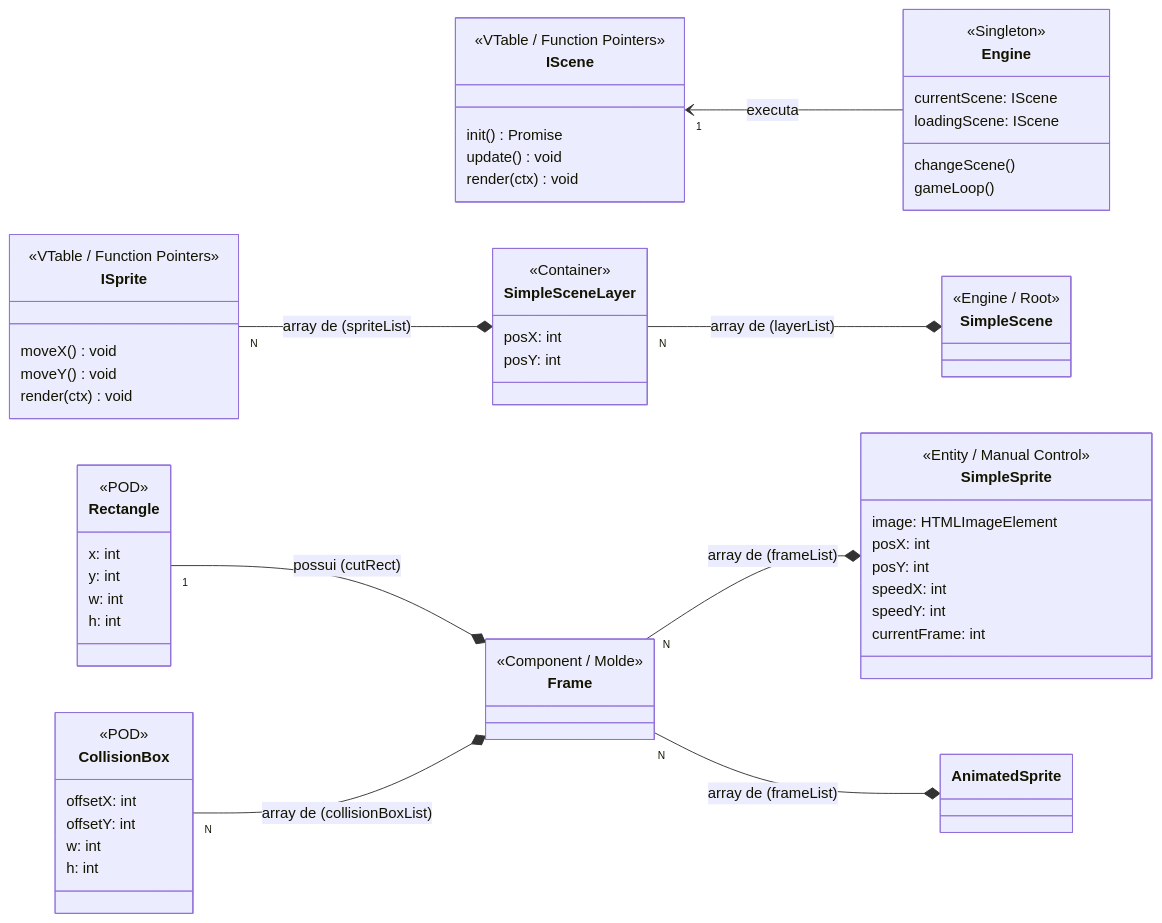
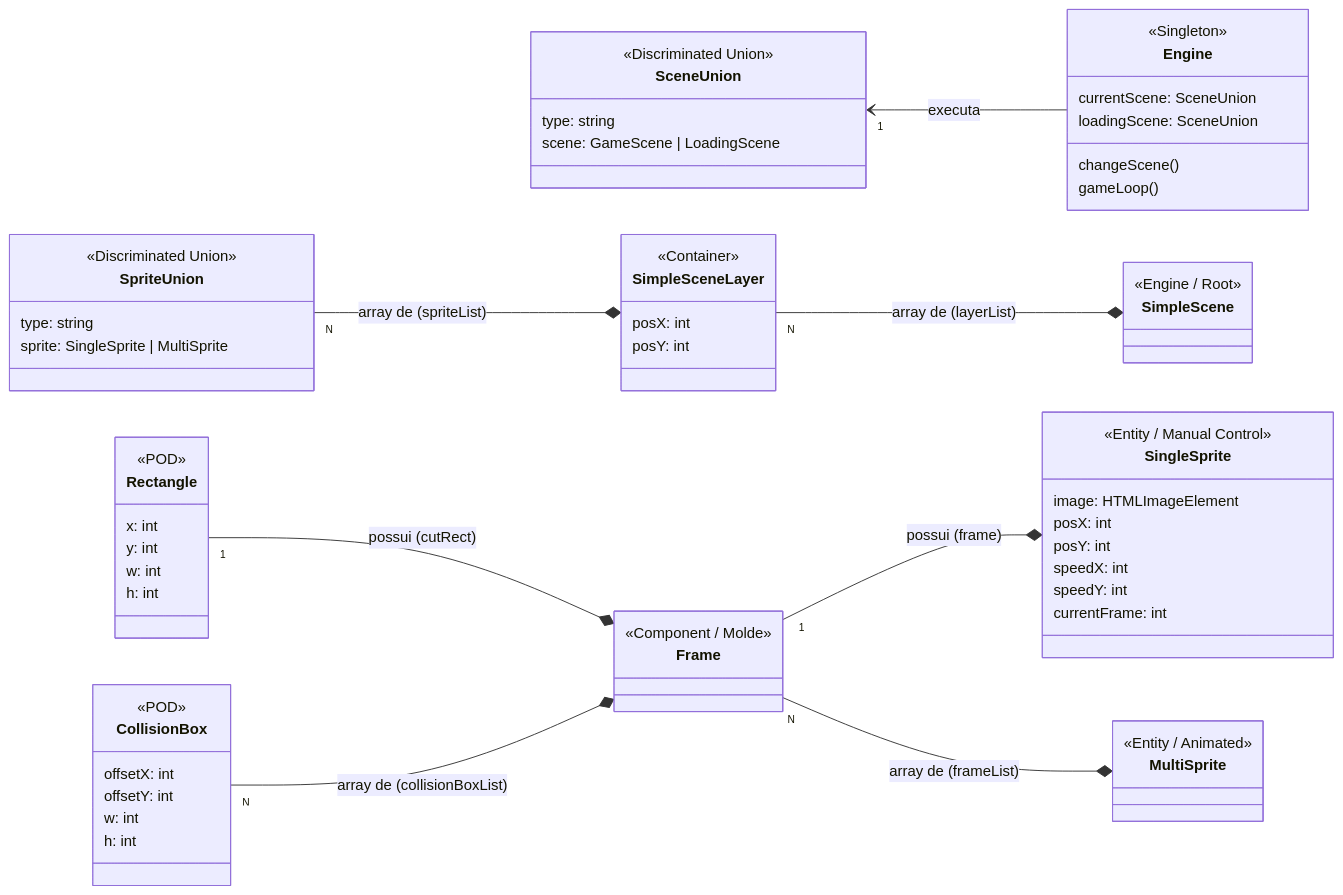
Before and after one commit to DavidVSantiago/engine-zig-typescript: the diagram in engine.md, drawn with Mermaid. The commit also changed 17 other files, not shown here.

````diff
--- a/engine.md
+++ b/engine.md
@@ -1,77 +1,79 @@
 ```mermaid
 classDiagram
     direction RL
 
     class Engine {
         <<Singleton>>
-        currentScene: IScene
-        loadingScene: IScene
+        currentScene: SceneUnion
+        loadingScene: SceneUnion
         changeScene()
         gameLoop()
     }
 
-    class IScene {
-        <<VTable / Function Pointers>>
-        init() Promise
-        update() void
-        render(ctx) void
+    class SceneUnion {
+        <<Discriminated Union>>
+        type: string
+        scene: GameScene | LoadingScene
     }
 
-    class ISprite {
-        <<VTable / Function Pointers>>
-        moveX() void
-        moveY() void
-        render(ctx) void
+    class SpriteUnion {
+        <<Discriminated Union>>
+        type: string
+        sprite: SingleSprite | MultiSprite
     }
 
     class SimpleScene {
         <<Engine / Root>>
     }
 
     class SimpleSceneLayer {
         <<Container>>
         posX: int
         posY: int
     }
 
-    class SimpleSprite {
+    class SingleSprite {
         <<Entity / Manual Control>>
         image: HTMLImageElement
         posX: int
         posY: int
         speedX: int
         speedY: int
         currentFrame: int
+    }
+
+    class MultiSprite {
+        <<Entity / Animated>>
     }
 
     class Frame {
         <<Component / Molde>>
     }
 
     class Rectangle {
         <<POD>>
         x: int
         y: int
         w: int
         h: int
     }
 
     class CollisionBox {
         <<POD>>
         offsetX: int
         offsetY: int
         w: int
         h: int
     }
 
-    Engine --> "1" IScene : executa
+    Engine --> "1" SceneUnion : executa
     SimpleScene *-- "N" SimpleSceneLayer : array de (layerList)
-    SimpleSceneLayer *-- "N" ISprite : array de (spriteList)
+    SimpleSceneLayer *-- "N" SpriteUnion : array de (spriteList)
 
     
-    SimpleSprite *-- "N" Frame : array de (frameList)
-    AnimatedSprite *-- "N" Frame : array de (frameList)
+    SingleSprite *-- "1" Frame : possui (frame)
+    MultiSprite *-- "N" Frame : array de (frameList)
     
     Frame *-- "1" Rectangle : possui (cutRect)
     Frame *-- "N" CollisionBox : array de (collisionBoxList)
 ```
````
